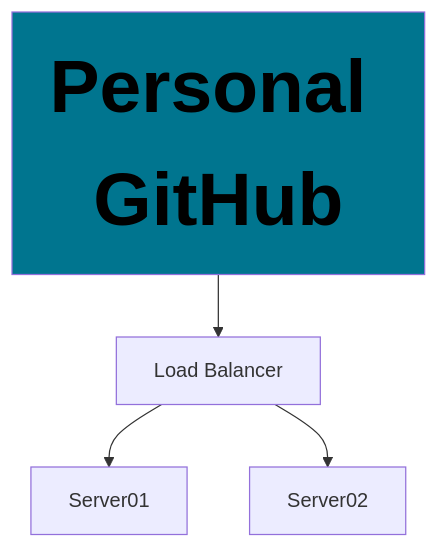
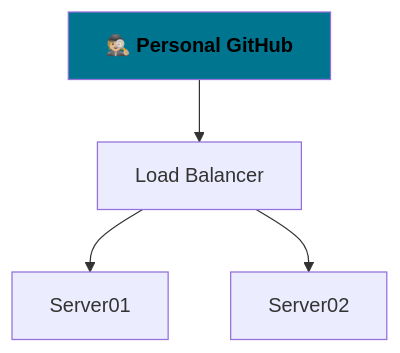
One commit to vaido-world/.github changed the diagram in profile/README.md. Above: the diagram before and after it, drawn with Mermaid.

````diff
--- a/profile/README.md
+++ b/profile/README.md
@@ -20,14 +20,14 @@
 ```mermaid
 graph TD
-  A[Personal GitHub] --> B[Load Balancer]
+  A["🕵🏼 Personal GitHub"] --> B[Load Balancer]
   B --> C[Server01]
   B --> D[Server02]
   click A "https://github.com/BoQsc" "This is a link"
   
   style A fill:#00758f
   style A color:#000000
   style A font-weight:900
-  style A font-size:60px
+  style A fontSize:60px
   
   linkStyle default color:#0000FF
 ```
````
